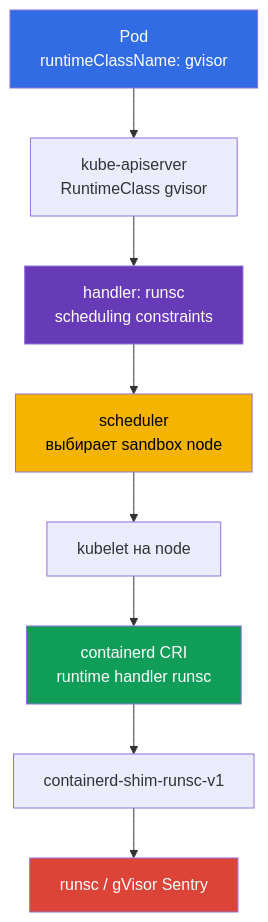
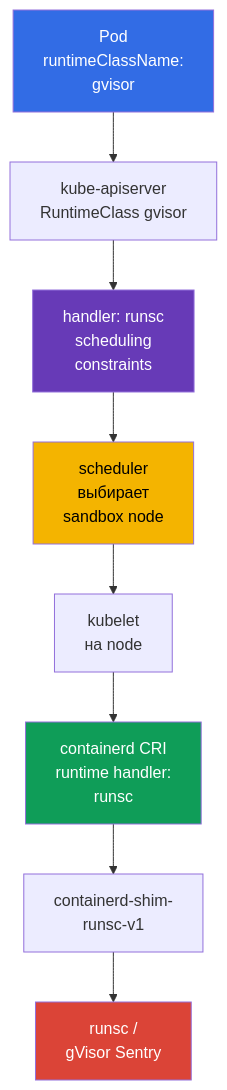
One commit to ViktorUJ/cks changed the second of 2 diagrams in tasks/cks/course/22/ru.md. Above: the diagram before and after it, drawn with Mermaid. The commit also changed other lines of this file and 6 other files, not shown here.

````diff
--- a/tasks/cks/course/22/ru.md
+++ b/tasks/cks/course/22/ru.md
@@ -118,15 +118,15 @@
 ```mermaid
 flowchart TB
-    pod["Pod<br/>runtimeClassName: gvisor"] --> api["kube-apiserver<br/>RuntimeClass gvisor"]
-    api --> rc["handler: runsc<br/>scheduling constraints"]
-    rc --> scheduler["scheduler<br/>выбирает sandbox node"]
-    scheduler --> kubelet["kubelet на node"]
-    kubelet --> cri["containerd CRI<br/>runtime handler runsc"]
-    cri --> shim["containerd-shim-runsc-v1"]
-    shim --> sentry["runsc / gVisor Sentry"]
+    pod["Pod<br/>runtimeClassName:<br/>gvisor"] --> api["kube-apiserver<br/>RuntimeClass gvisor"]
+    api --> rc["handler: runsc<br/>scheduling<br/>constraints"]
+    rc --> scheduler["scheduler<br/>выбирает<br/>sandbox node"]
+    scheduler --> kubelet["kubelet<br/>на node"]
+    kubelet --> cri["containerd CRI<br/>runtime handler:<br/>runsc"]
+    cri --> shim["containerd-shim-<br/>runsc-v1"]
+    shim --> sentry["runsc /<br/>gVisor Sentry"]
     style pod fill:#326ce5,color:#fff
     style rc fill:#673ab7,color:#fff
     style scheduler fill:#f4b400,color:#000
     style cri fill:#0f9d58,color:#fff
     style sentry fill:#db4437,color:#fff
 ```
````
